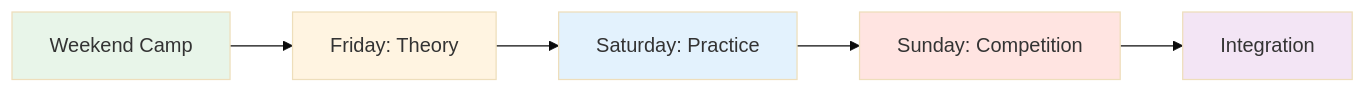
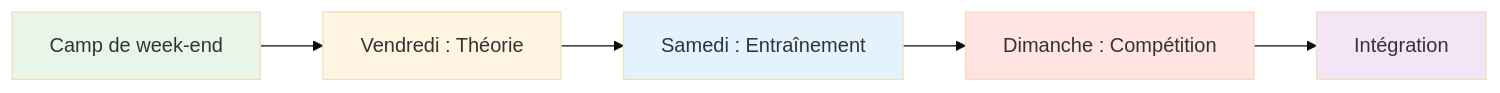
One commit to patwii/petanque-academy changed the first of 2 diagrams in docs/fr/guides/training-camp/index.md. Above: the diagram before and after it, drawn with Mermaid (base theme). The commit also changed other lines of this file and 550 other files, not shown here.

````diff
--- a/docs/fr/guides/training-camp/index.md
+++ b/docs/fr/guides/training-camp/index.md
@@ -36,13 +36,13 @@
 ```mermaid
 graph LR
-    A[Weekend Camp] --> B[Friday: Theory]
-    B --> C[Saturday: Practice]
-    C --> D[Sunday: Competition]
-    D --> E[Integration]
+    A[Camp de week-end] --> B[Vendredi : Théorie]
+    B --> C[Samedi : Entraînement]
+    C --> D[Dimanche : Compétition]
+    D --> E[Intégration]
 
     style A fill:#e8f5e9
     style B fill:#fff4e1
     style C fill:#e3f2fd
     style D fill:#ffe4e1
     style E fill:#f3e5f5
 ```
````
